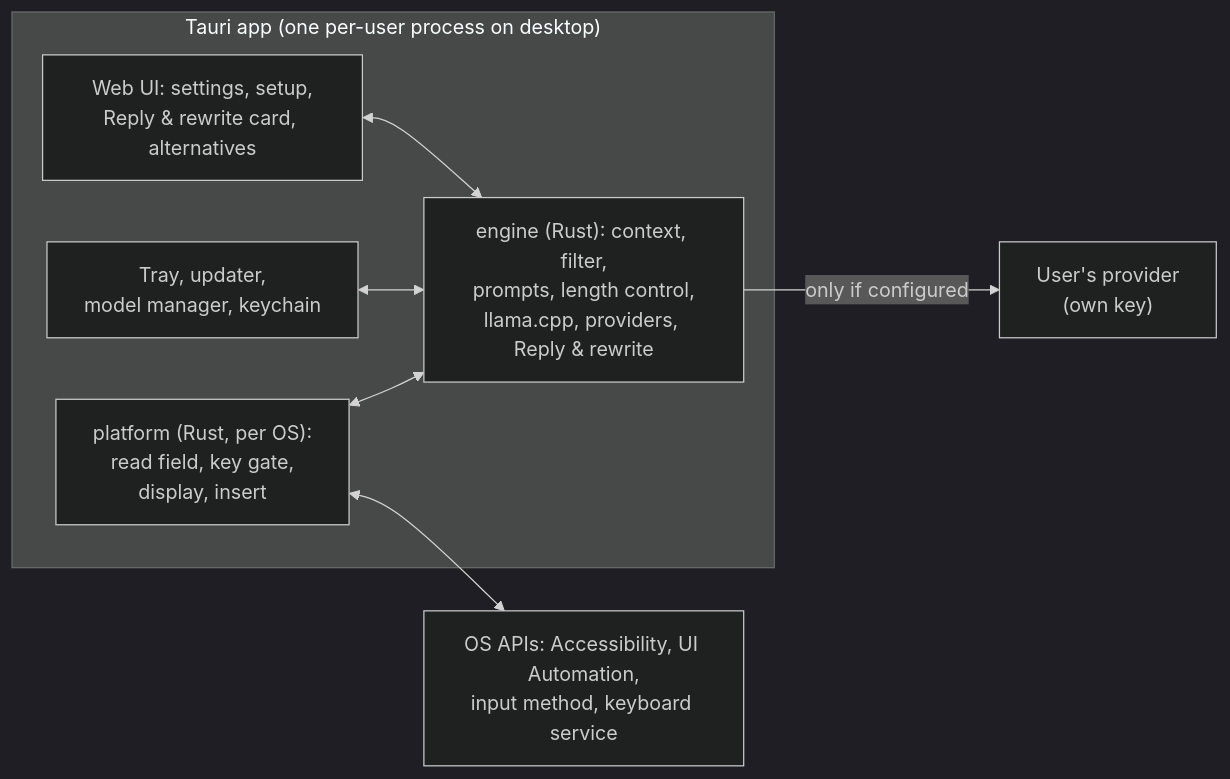
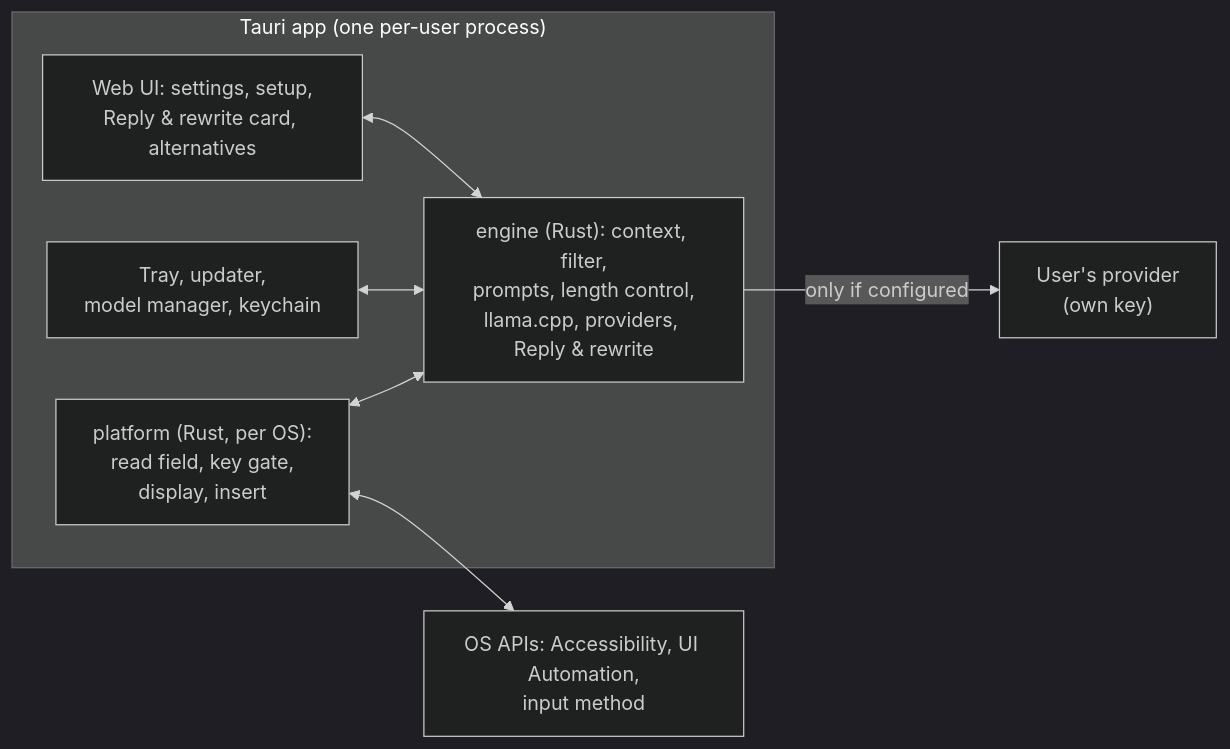
The first of 3 diagrams in docs/architecture.md (saatvik333/ghostcaret), drawn with Mermaid (dark theme) before and after one commit. The commit also changed other lines of this file and 105 other files, not shown here.

````diff
--- a/docs/architecture.md
+++ b/docs/architecture.md
@@ -14,14 +9,14 @@
 ```mermaid
 flowchart LR
-  subgraph App["Tauri app (one per-user process on desktop)"]
+  subgraph App["Tauri app (one per-user process)"]
     UI["Web UI: settings, setup,<br/>Reply & rewrite card, alternatives"]
     TRAY[Tray, updater,<br/>model manager, keychain]
     ENG["engine (Rust): context, filter,<br/>prompts, length control,<br/>llama.cpp, providers, Reply & rewrite"]
     PLAT["platform (Rust, per OS):<br/>read field, key gate,<br/>display, insert"]
     UI <--> ENG
     TRAY <--> ENG
     PLAT <--> ENG
   end
-  PLAT <--> OS["OS APIs: Accessibility, UI Automation,<br/>input method, keyboard service"]
+  PLAT <--> OS["OS APIs: Accessibility, UI Automation,<br/>input method"]
   ENG -->|only if configured| CLOUD["User's provider<br/>(own key)"]
 ```
````
